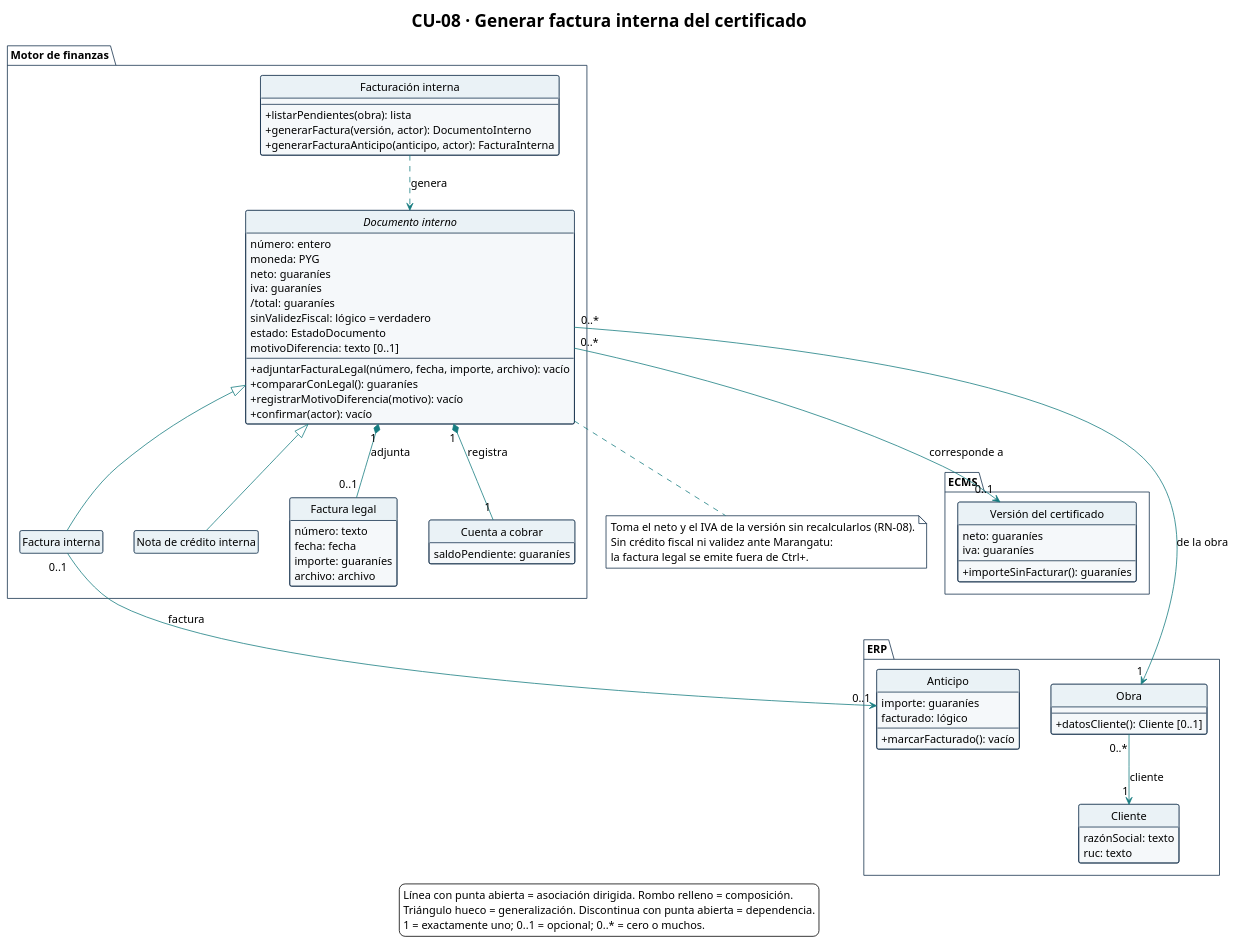
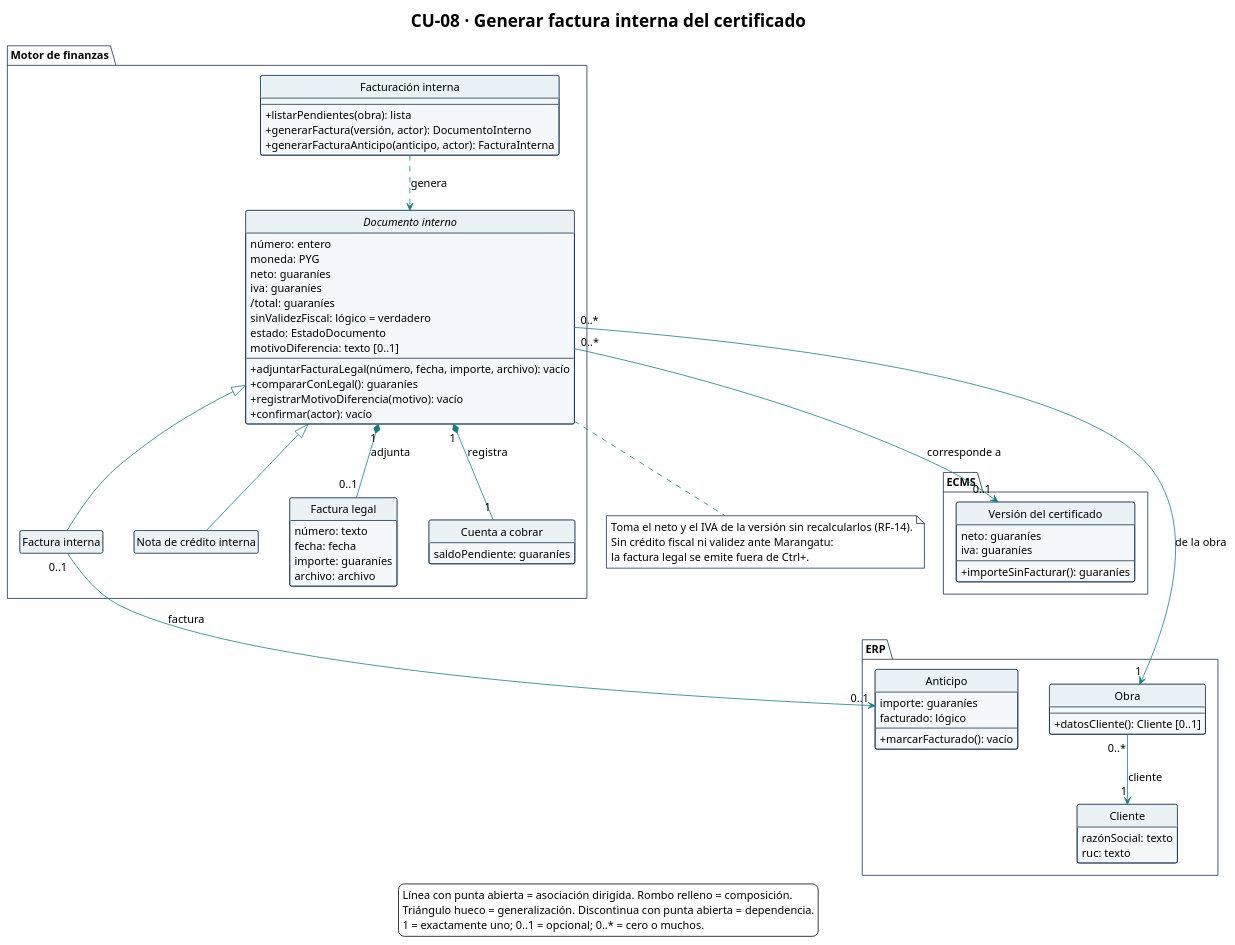
The diagram in diagramas/CU-08-clases.puml (Ssrrb/tpf-uca), drawn with PlantUML before and after one commit. The commit also changed 40 other files, not shown here.

```diff
--- a/diagramas/CU-08-clases.puml
+++ b/diagramas/CU-08-clases.puml
@@ -1,116 +1,116 @@
 @startuml
 !theme plain
 skinparam style strictuml
 title CU-08 · Generar factura interna del certificado
 hide circle
 hide empty methods
 hide empty fields
 skinparam shadowing false
 skinparam classAttributeIconSize 0
 skinparam defaultFontName Arial
 skinparam defaultFontSize 14
 skinparam nodesep 40
 skinparam ranksep 50
 skinparam ArrowColor #167C80
 skinparam class {
   BackgroundColor #F5F8FA
   BorderColor #17324D
   HeaderBackgroundColor #EAF2F6
 }
 skinparam package {
   BackgroundColor #FFFFFF
   BorderColor #17324D
 }
 skinparam note {
   BackgroundColor #FFFFFF
   BorderColor #17324D
 }
 package "Motor de finanzas" {
   class "Facturación interna" as Facturacion {
     --
     + listarPendientes(obra): lista
     + generarFactura(versión, actor): DocumentoInterno
     + generarFacturaAnticipo(anticipo, actor): FacturaInterna
   }
 
   abstract class "Documento interno" as DocumentoInterno {
     número: entero
     moneda: PYG
     neto: guaraníes
     iva: guaraníes
     /total: guaraníes
     sinValidezFiscal: lógico = verdadero
     estado: EstadoDocumento
     motivoDiferencia: texto [0..1]
     --
     + adjuntarFacturaLegal(número, fecha, importe, archivo): vacío
     + compararConLegal(): guaraníes
     + registrarMotivoDiferencia(motivo): vacío
     + confirmar(actor): vacío
   }
 
   class "Factura interna" as FacturaInterna
   class "Nota de crédito interna" as NotaCreditoInterna
 
   class "Factura legal" as FacturaLegal {
     número: texto
     fecha: fecha
     importe: guaraníes
     archivo: archivo
   }
 
   class "Cuenta a cobrar" as CuentaACobrar {
     saldoPendiente: guaraníes
   }
 }
 
 package "ECMS" {
   class "Versión del certificado" as VersionCertificado {
     neto: guaraníes
     iva: guaraníes
     --
     + importeSinFacturar(): guaraníes
   }
 }
 
 package "ERP" {
   class Obra {
     --
     + datosCliente(): Cliente [0..1]
   }
 
   class Anticipo {
     importe: guaraníes
     facturado: lógico
     --
     + marcarFacturado(): vacío
   }
 
   class Cliente {
     razónSocial: texto
     ruc: texto
   }
 }
 
 DocumentoInterno <|-- FacturaInterna
 DocumentoInterno <|-- NotaCreditoInterna
 DocumentoInterno "0..*" --> "0..1" VersionCertificado : corresponde a
 FacturaInterna "0..1" --> "0..1" Anticipo : factura
 DocumentoInterno "1" *-- "0..1" FacturaLegal : adjunta
 DocumentoInterno "1" *-- "1" CuentaACobrar : registra
 DocumentoInterno "0..*" --> "1" Obra : de la obra
 Obra "0..*" --> "1" Cliente : cliente
 Facturacion ..> DocumentoInterno : genera
 
 note bottom of DocumentoInterno
-  Toma el neto y el IVA de la versión sin recalcularlos (RN-08).
+  Toma el neto y el IVA de la versión sin recalcularlos (RF-14).
   Sin crédito fiscal ni validez ante Marangatu:
   la factura legal se emite fuera de Ctrl+.
 end note
 
 legend bottom
   Línea con punta abierta = asociación dirigida. Rombo relleno = composición.
   Triángulo hueco = generalización. Discontinua con punta abierta = dependencia.
   1 = exactamente uno; 0..1 = opcional; 0..* = cero o muchos.
 endlegend
 @enduml
```
